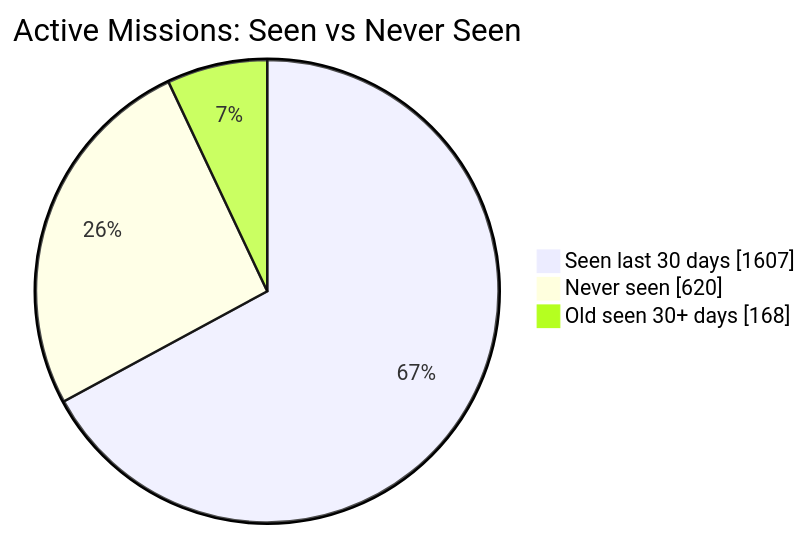
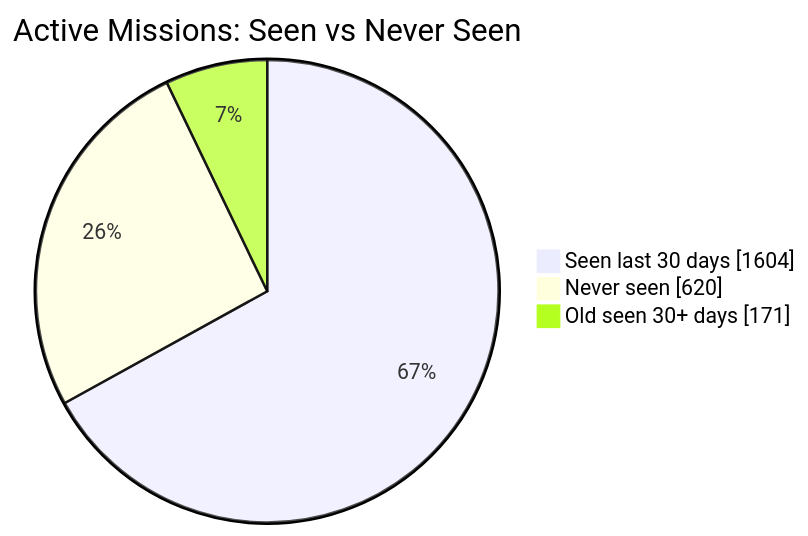
The first of 2 diagrams in README.md (MeldkamerspelGameTeam/active-missions), drawn with Mermaid before and after one commit. The commit also changed other lines of this file and 2 other files, not shown here.

````diff
--- a/README.md
+++ b/README.md
@@ -34,7 +34,7 @@
 ```mermaid
 pie showData
     title Active Missions: Seen vs Never Seen
-    "Seen last 30 days" : 1607
+    "Seen last 30 days" : 1604
     "Never seen" : 620
-    "Old seen 30+ days" : 168
+    "Old seen 30+ days" : 171
 ```
````
